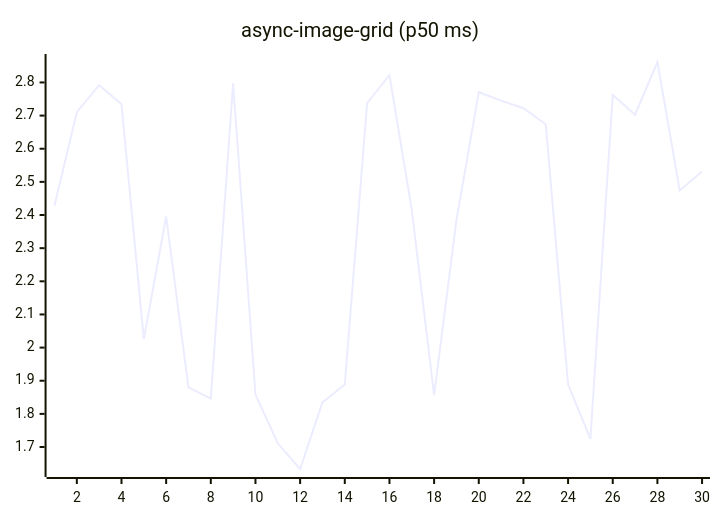
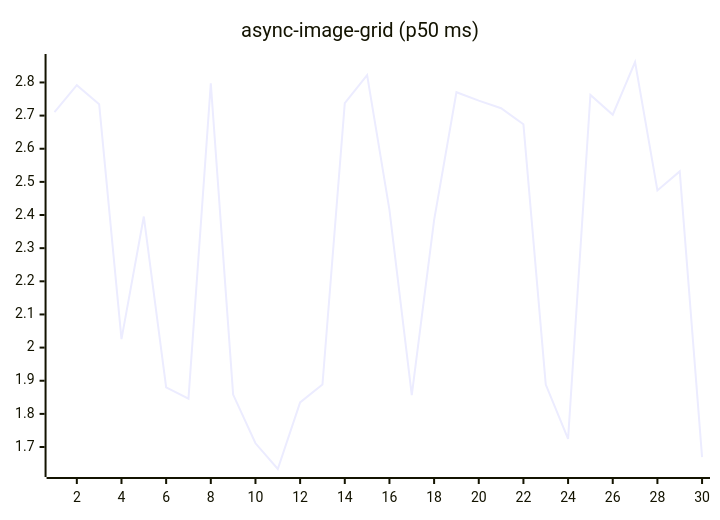
The fifth of 27 diagrams in README.md (josha/Facet), drawn with Mermaid before and after one commit. The commit also changed other lines of this file and 2 other files, not shown here.

````diff
--- a/README.md
+++ b/README.md
@@ -91,6 +91,6 @@
 ```mermaid
 xychart-beta
     title "async-image-grid (p50 ms)"
     x-axis 1 --> 30
-    line [2.4277, 2.7103, 2.7919, 2.7346, 2.0254, 2.3955, 1.8801, 1.8461, 2.7970, 1.8583, 1.7113, 1.6337, 1.8346, 1.8885, 2.7375, 2.8223, 2.4153, 1.8565, 2.3845, 2.7705, 2.7451, 2.7222, 2.6737, 1.8884, 1.7244, 2.7624, 2.7026, 2.8617, 2.4742, 2.5316]
+    line [2.7103, 2.7919, 2.7346, 2.0254, 2.3955, 1.8801, 1.8461, 2.7970, 1.8583, 1.7113, 1.6337, 1.8346, 1.8885, 2.7375, 2.8223, 2.4153, 1.8565, 2.3845, 2.7705, 2.7451, 2.7222, 2.6737, 1.8884, 1.7244, 2.7624, 2.7026, 2.8617, 2.4742, 2.5316, 1.6696]
 ```
````
